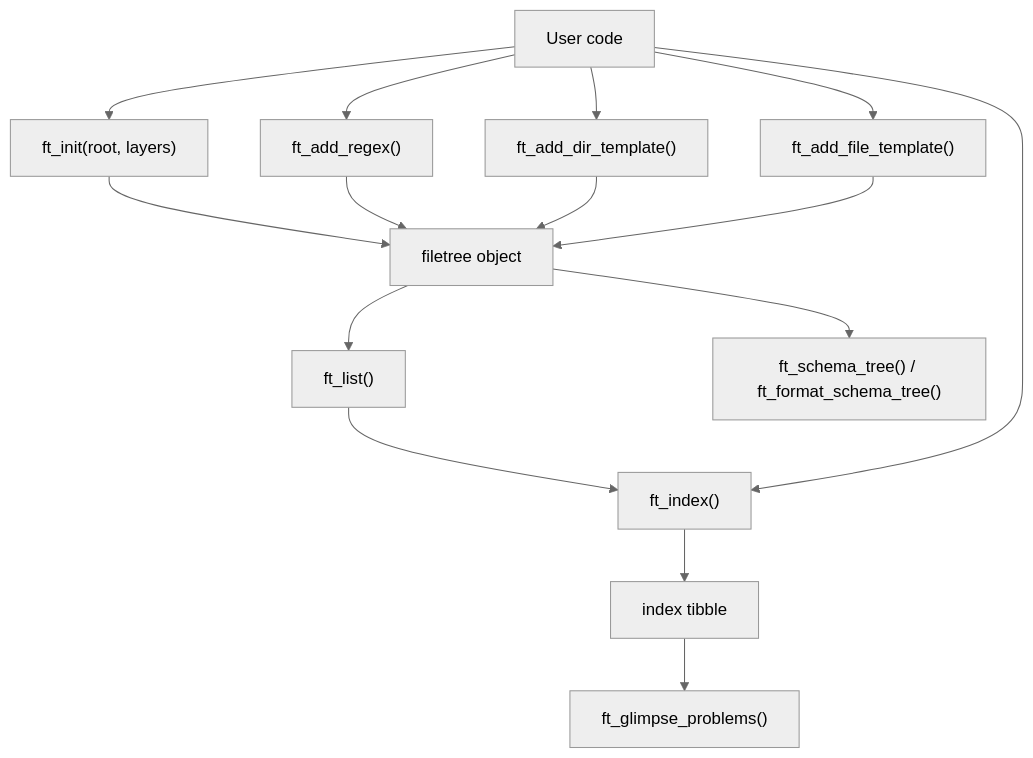
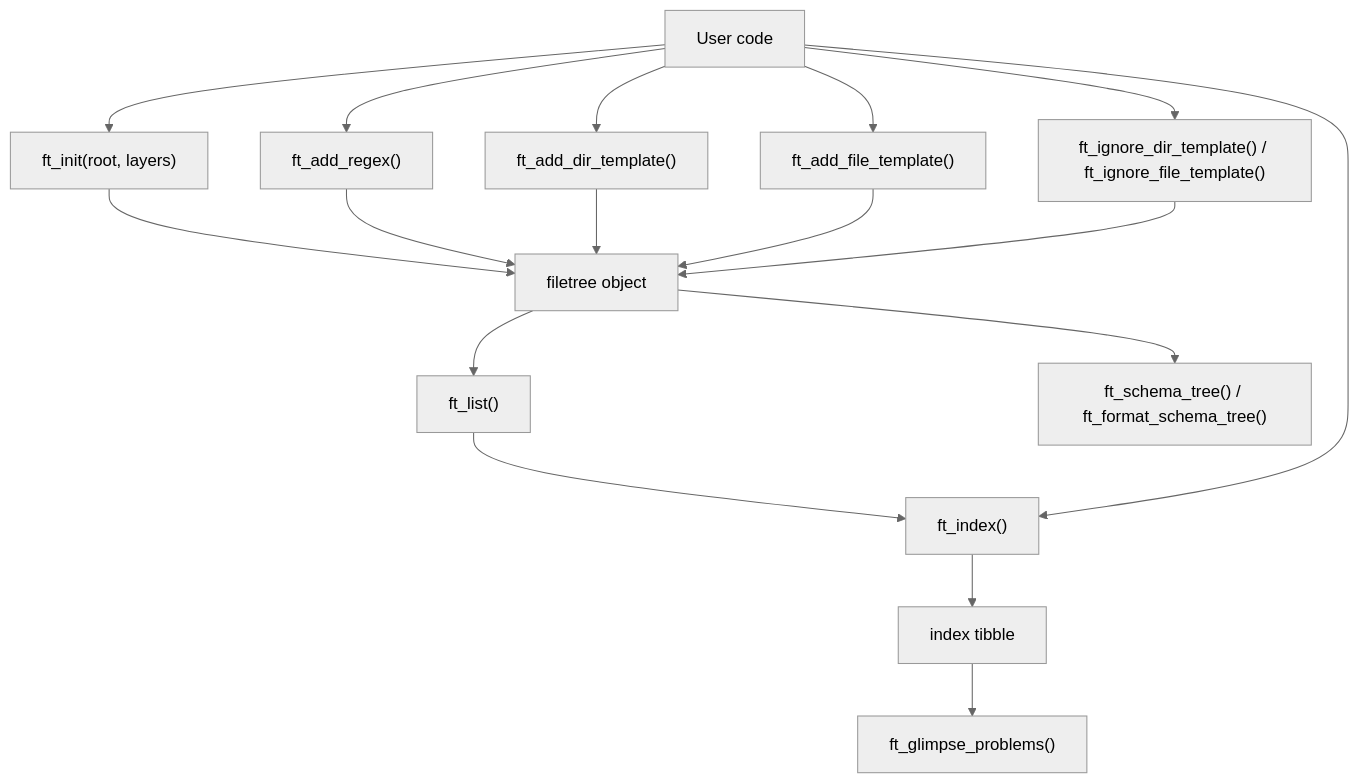
One commit to tjmahr/filetree changed the first of 2 diagrams in inst/overview.md. Above: the diagram before and after it, drawn with Mermaid (neutral theme). The commit also changed other lines of this file and 11 other files, not shown here.

````diff
--- a/inst/overview.md
+++ b/inst/overview.md
@@ -56,17 +56,19 @@
 ```mermaid
 flowchart TD
     User["User code"] --> Init["ft_init(root, layers)"]
     Init --> Object["filetree object"]
     User --> Regex["ft_add_regex()"]
     User --> DirTemplates["ft_add_dir_template()"]
     User --> FileTemplates["ft_add_file_template()"]
+    User --> IgnoreTemplates["ft_ignore_dir_template() / ft_ignore_file_template()"]
     Regex --> Object
     DirTemplates --> Object
     FileTemplates --> Object
+    IgnoreTemplates --> Object
     Object --> List["ft_list()"]
     List --> Index["ft_index()"]
     User --> Index
     Index --> Result["index tibble"]
     Result --> Problems["ft_glimpse_problems()"]
     Object --> Schema["ft_schema_tree() / ft_format_schema_tree()"]
 ```
````
